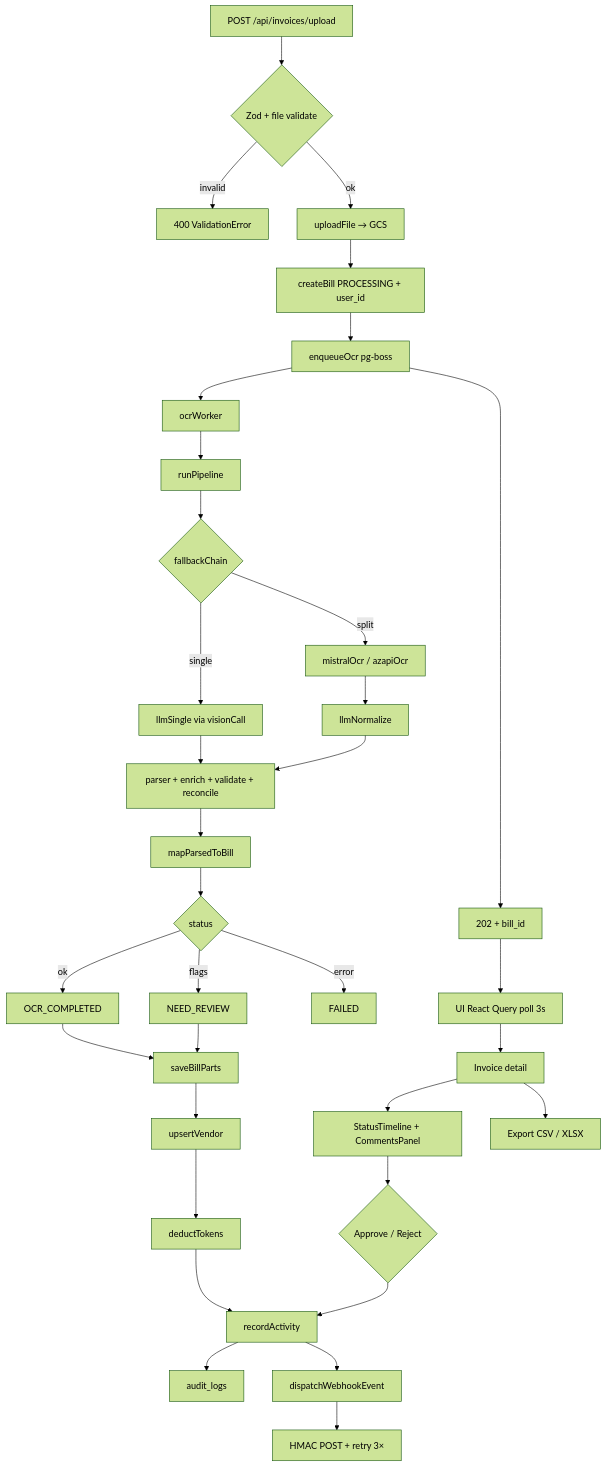
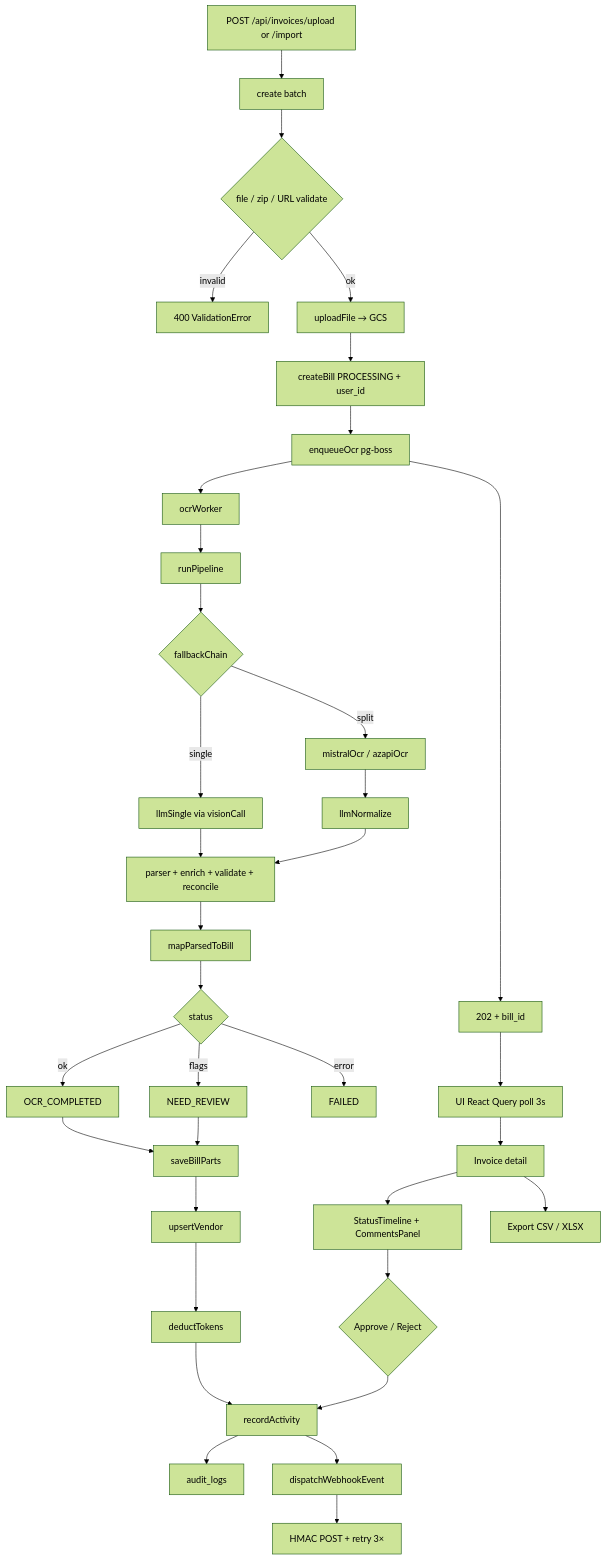
The diagram in platform/src/ocr/FLOW.md (Deep34400/BillParser), drawn with Mermaid (forest theme) before and after one commit. The commit also changed other lines of this file and 44 other files, not shown here.

````diff
--- a/platform/src/ocr/FLOW.md
+++ b/platform/src/ocr/FLOW.md
@@ -36,39 +36,40 @@
 ```mermaid
 flowchart TD
-  A[POST /api/invoices/upload] --> B{Zod + file validate}
+  A[POST /api/invoices/upload or /import] --> A0[create batch]
+  A0 --> B{file / zip / URL validate}
   B -->|invalid| B1[400 ValidationError]
   B -->|ok| C[uploadFile → GCS]
   C --> D[createBill PROCESSING + user_id]
   D --> E[enqueueOcr pg-boss]
   E --> F[202 + bill_id]
 
   E --> G[ocrWorker]
   G --> H[runPipeline]
   H --> I{fallbackChain}
   I -->|single| J[llmSingle via visionCall]
   I -->|split| K[mistralOcr / azapiOcr]
   K --> L[llmNormalize]
   J --> M[parser + enrich + validate + reconcile]
   L --> M
   M --> N[mapParsedToBill]
   N --> O{status}
   O -->|ok| P[OCR_COMPLETED]
   O -->|flags| Q[NEED_REVIEW]
   O -->|error| R[FAILED]
 
   P --> S[saveBillParts]
   Q --> S
   S --> T[upsertVendor]
   T --> U[deductTokens]
   U --> V[recordActivity]
   V --> W[audit_logs]
   V --> X[dispatchWebhookEvent]
   X --> Y[HMAC POST + retry 3×]
 
   F --> Z[UI React Query poll 3s]
   Z --> AA[Invoice detail]
   AA --> AB[StatusTimeline + CommentsPanel]
   AB --> AC{Approve / Reject}
   AC --> V
   AA --> AD[Export CSV / XLSX]
 ```
````
